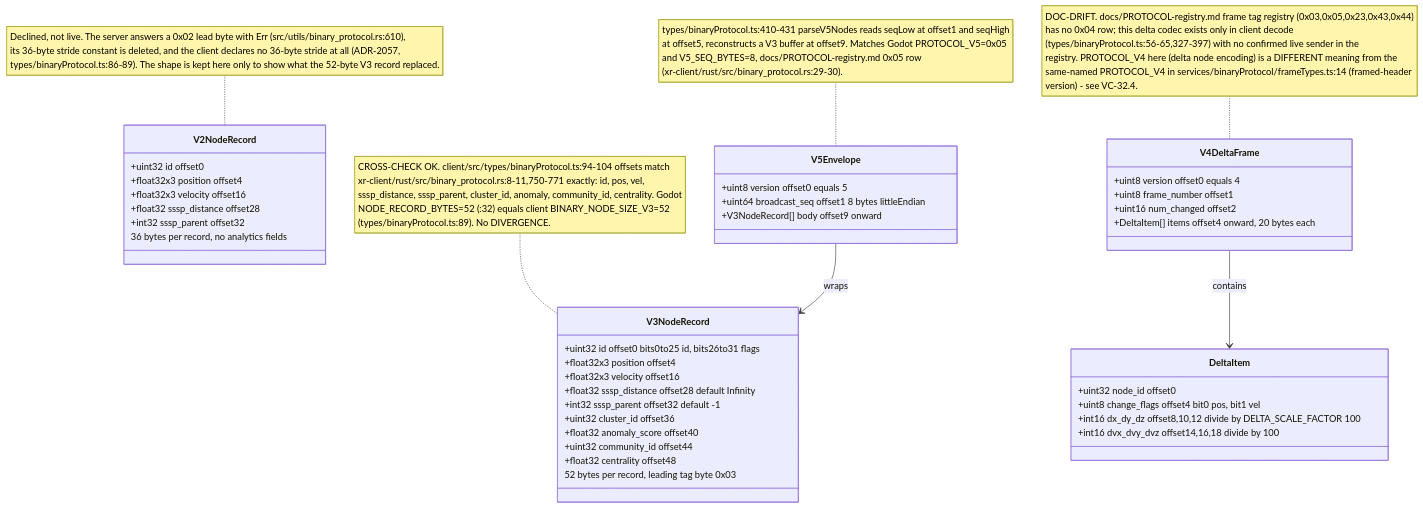
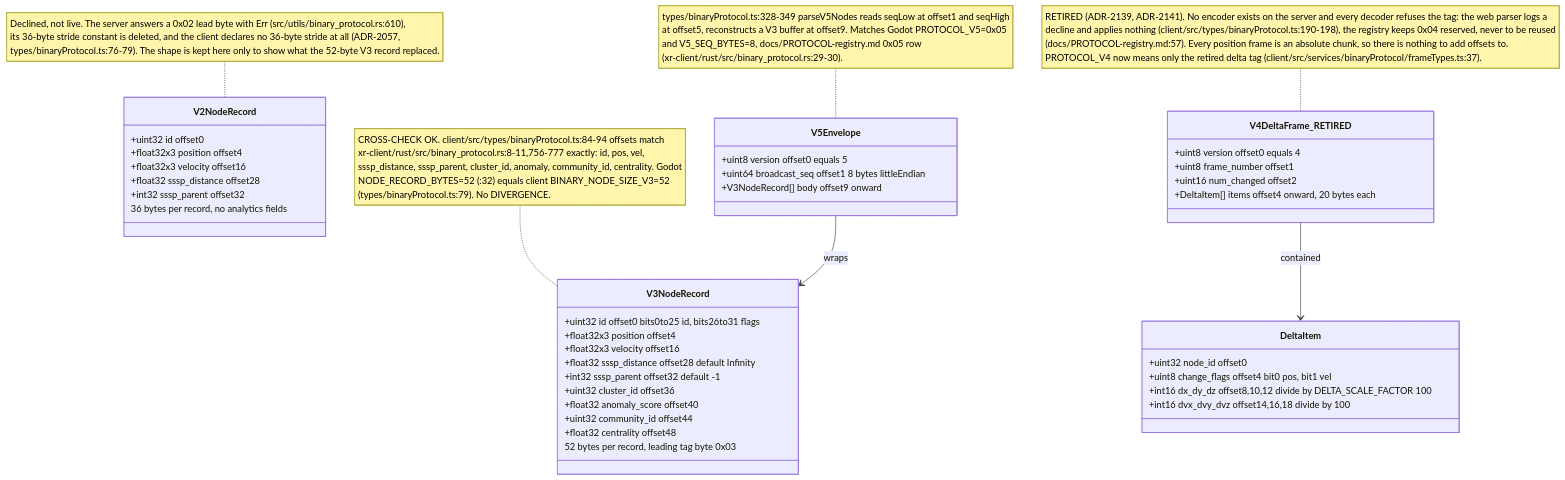
The fifth of 14 diagrams in docs/diagrams/visionclaw/32-client-websocket-and-binary.md (DreamLab-AI/VisionFlow), drawn with Mermaid before and after one commit. The commit also changed other lines of this file and 160 other files, not shown here.

````diff
--- a/docs/diagrams/visionclaw/32-client-websocket-and-binary.md
+++ b/docs/diagrams/visionclaw/32-client-websocket-and-binary.md
@@ -247,46 +245,46 @@
 ```mermaid
 classDiagram
     class V3NodeRecord {
       +uint32 id  offset0  bits0to25 id, bits26to31 flags
       +float32x3 position  offset4
       +float32x3 velocity  offset16
       +float32 sssp_distance  offset28  default Infinity
       +int32 sssp_parent  offset32  default -1
       +uint32 cluster_id  offset36
       +float32 anomaly_score  offset40
       +uint32 community_id  offset44
       +float32 centrality  offset48
       52 bytes per record, leading tag byte 0x03
     }
     class V2NodeRecord {
       +uint32 id  offset0
       +float32x3 position  offset4
       +float32x3 velocity  offset16
       +float32 sssp_distance  offset28
       +int32 sssp_parent  offset32
       36 bytes per record, no analytics fields
     }
     class V5Envelope {
       +uint8 version  offset0  equals 5
       +uint64 broadcast_seq  offset1  8 bytes littleEndian
       +V3NodeRecord[] body  offset9 onward
     }
-    class V4DeltaFrame {
+    class V4DeltaFrame_RETIRED {
       +uint8 version  offset0  equals 4
       +uint8 frame_number  offset1
       +uint16 num_changed  offset2
       +DeltaItem[] items  offset4 onward, 20 bytes each
     }
     class DeltaItem {
       +uint32 node_id  offset0
       +uint8 change_flags  offset4  bit0 pos, bit1 vel
       +int16 dx_dy_dz  offset8,10,12  divide by DELTA_SCALE_FACTOR 100
       +int16 dvx_dvy_dvz  offset14,16,18  divide by 100
     }
     V5Envelope --> V3NodeRecord : wraps
-    V4DeltaFrame --> DeltaItem : contains
-    note for V3NodeRecord "CROSS-CHECK OK. client/src/types/binaryProtocol.ts:94-104 offsets match<br/>xr-client/rust/src/binary_protocol.rs:8-11,750-771 exactly: id, pos, vel,<br/>sssp_distance, sssp_parent, cluster_id, anomaly, community_id, centrality. Godot<br/>NODE_RECORD_BYTES=52 (:32) equals client BINARY_NODE_SIZE_V3=52<br/>(types/binaryProtocol.ts:89). No DIVERGENCE."
-    note for V2NodeRecord "Declined, not live. The server answers a 0x02 lead byte with Err (src/utils/binary_protocol.rs:610),<br/>its 36-byte stride constant is deleted, and the client declares no 36-byte stride at all (ADR-2057,<br/>types/binaryProtocol.ts:86-89). The shape is kept here only to show what the 52-byte V3 record replaced."
-    note for V5Envelope "types/binaryProtocol.ts:410-431 parseV5Nodes reads seqLow at offset1 and seqHigh<br/>at offset5, reconstructs a V3 buffer at offset9. Matches Godot PROTOCOL_V5=0x05<br/>and V5_SEQ_BYTES=8, docs/PROTOCOL-registry.md 0x05 row<br/>(xr-client/rust/src/binary_protocol.rs:29-30)."
-    note for V4DeltaFrame "DOC-DRIFT. docs/PROTOCOL-registry.md frame tag registry (0x03,0x05,0x23,0x43,0x44)<br/>has no 0x04 row; this delta codec exists only in client decode<br/>(types/binaryProtocol.ts:56-65,327-397) with no confirmed live sender in the<br/>registry. PROTOCOL_V4 here (delta node encoding) is a DIFFERENT meaning from the<br/>same-named PROTOCOL_V4 in services/binaryProtocol/frameTypes.ts:14 (framed-header<br/>version) - see VC-32.4."
+    V4DeltaFrame_RETIRED --> DeltaItem : contained
+    note for V3NodeRecord "CROSS-CHECK OK. client/src/types/binaryProtocol.ts:84-94 offsets match<br/>xr-client/rust/src/binary_protocol.rs:8-11,756-777 exactly: id, pos, vel,<br/>sssp_distance, sssp_parent, cluster_id, anomaly, community_id, centrality. Godot<br/>NODE_RECORD_BYTES=52 (:32) equals client BINARY_NODE_SIZE_V3=52<br/>(types/binaryProtocol.ts:79). No DIVERGENCE."
+    note for V2NodeRecord "Declined, not live. The server answers a 0x02 lead byte with Err (src/utils/binary_protocol.rs:610),<br/>its 36-byte stride constant is deleted, and the client declares no 36-byte stride at all (ADR-2057,<br/>types/binaryProtocol.ts:76-79). The shape is kept here only to show what the 52-byte V3 record replaced."
+    note for V5Envelope "types/binaryProtocol.ts:328-349 parseV5Nodes reads seqLow at offset1 and seqHigh<br/>at offset5, reconstructs a V3 buffer at offset9. Matches Godot PROTOCOL_V5=0x05<br/>and V5_SEQ_BYTES=8, docs/PROTOCOL-registry.md 0x05 row<br/>(xr-client/rust/src/binary_protocol.rs:29-30)."
+    note for V4DeltaFrame_RETIRED "RETIRED (ADR-2139, ADR-2141). No encoder exists on the server and every decoder refuses the tag: the web parser logs a<br/>decline and applies nothing (client/src/types/binaryProtocol.ts:190-198), the registry keeps 0x04 reserved, never to be reused<br/>(docs/PROTOCOL-registry.md:57). Every position frame is an absolute chunk, so there is nothing to add offsets to.<br/>PROTOCOL_V4 now means only the retired delta tag (client/src/services/binaryProtocol/frameTypes.ts:37)."
 ```
````
